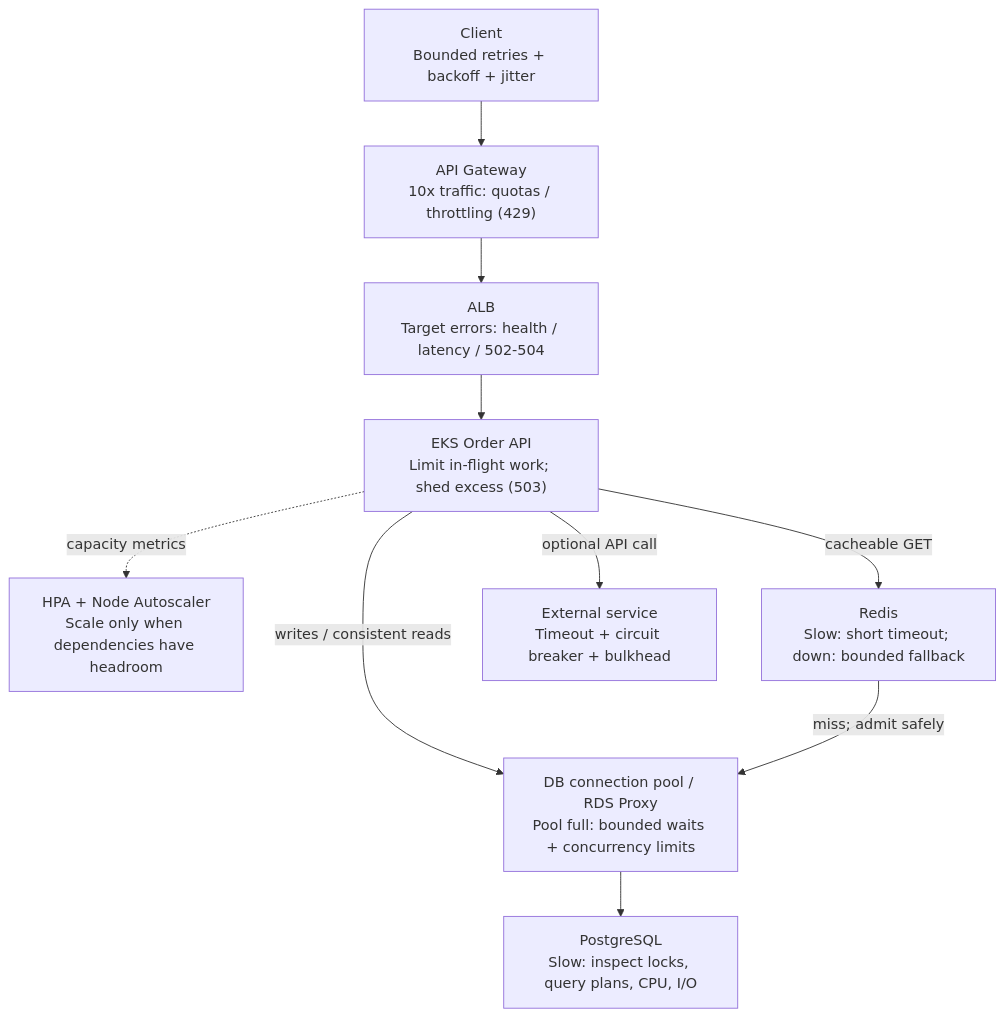
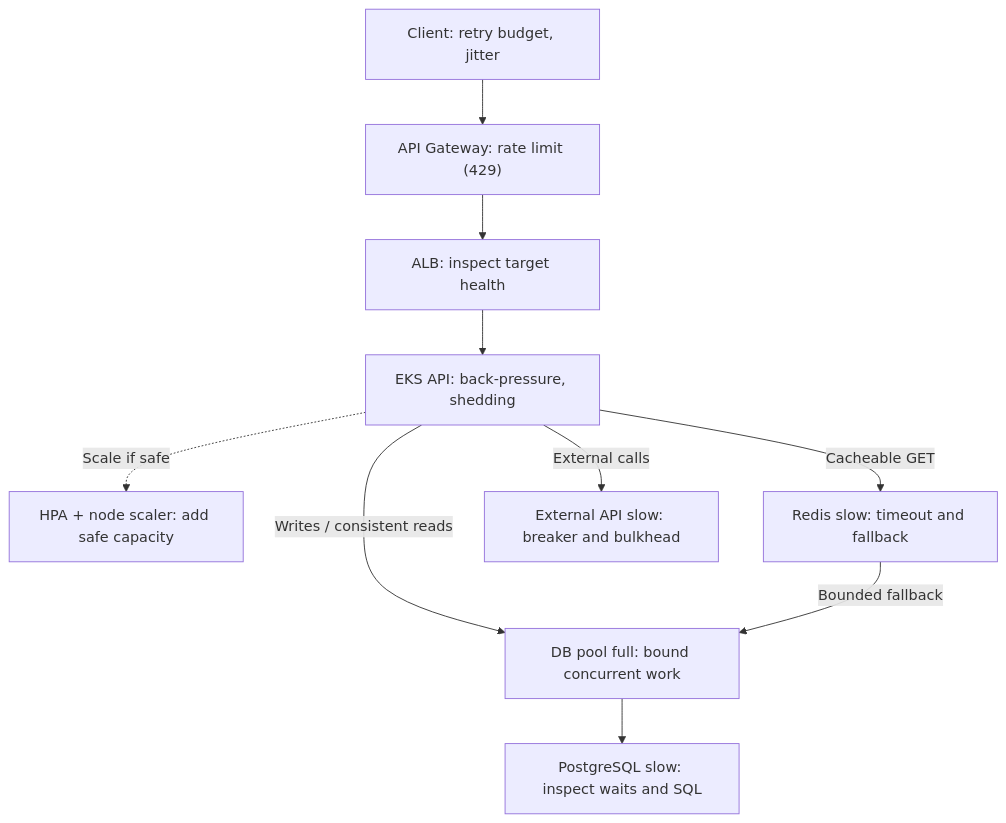
One commit to Johnybritto/system_design changed the second of 3 diagrams in system_design_notes/02_apple_ase_sre_order_api_R23_D03_D04_D05_quick_revision.md. Above: the diagram before and after it, drawn with Mermaid. The commit also changed other lines of this file, not shown here.

Commit message:
Fix clipped GitHub flowcharts and restore Apple SRE D03-D05 follow-up Q&A

````diff
--- a/system_design_notes/02_apple_ase_sre_order_api_R23_D03_D04_D05_quick_revision.md
+++ b/system_design_notes/02_apple_ase_sre_order_api_R23_D03_D04_D05_quick_revision.md
@@ -67,19 +80,19 @@
-~~~mermaid
+```mermaid
 flowchart TD
-    A["Client<br/>Bounded retries + backoff + jitter"]
-    B["API Gateway<br/>10x traffic: quotas / throttling (429)"]
-    C["ALB<br/>Target errors: health / latency / 502-504"]
-    D["EKS Order API<br/>Limit in-flight work; shed excess (503)"]
-    H["HPA + Node Autoscaler<br/>Scale only when dependencies have headroom"]
-    R["Redis<br/>Slow: short timeout; down: bounded fallback"]
-    CP["DB connection pool / RDS Proxy<br/>Pool full: bounded waits + concurrency limits"]
-    P["PostgreSQL<br/>Slow: inspect locks, query plans, CPU, I/O"]
-    X["External service<br/>Timeout + circuit breaker + bulkhead"]
-    A --> B --> C --> D
-    D -.->|"capacity metrics"| H
-    D -->|"cacheable GET"| R
-    D -->|"writes / consistent reads"| CP
-    R -->|"miss; admit safely"| CP
-    CP --> P
-    D -->|"optional API call"| X
-~~~
+    U["Client: retry budget, jitter"]
+    GW["API Gateway: rate limit (429)"]
+    LB["ALB: inspect target health"]
+    API["EKS API: back-pressure, shedding"]
+    SCALE["HPA + node scaler: add safe capacity"]
+    REDIS["Redis slow: timeout and fallback"]
+    POOL["DB pool full: bound concurrent work"]
+    DB["PostgreSQL slow: inspect waits and SQL"]
+    EXT["External API slow: breaker and bulkhead"]
+    U --> GW --> LB --> API
+    API -.->|"Scale if safe"| SCALE
+    API -->|"Cacheable GET"| REDIS
+    API -->|"Writes / consistent reads"| POOL
+    REDIS -->|"Bounded fallback"| POOL
+    POOL --> DB
+    API -->|"External calls"| EXT
+```
````
